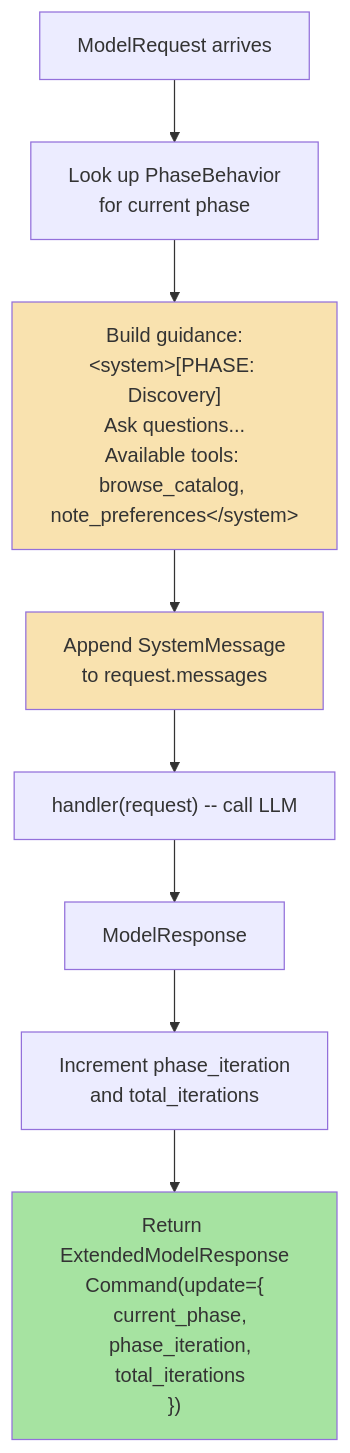
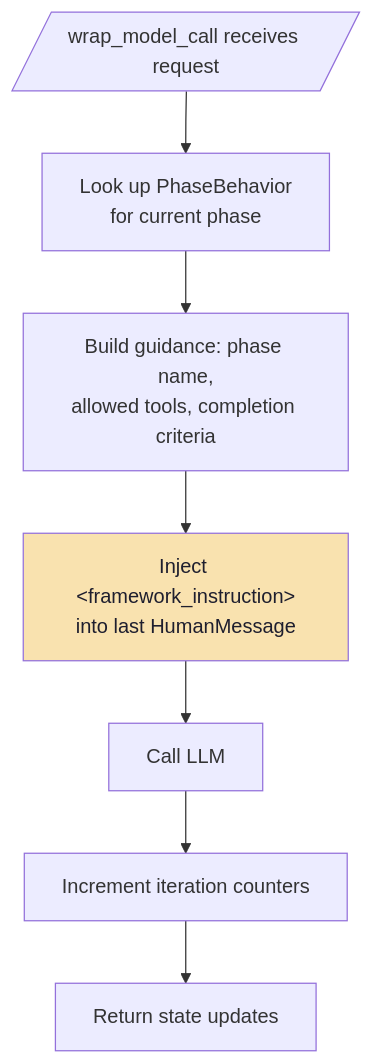
Before and after one commit to johnsosoka/code-examples: the first of 3 diagrams in python/behavior-steering-middleware/src/bsm_examples/phase_steering/DIAGRAM.md, drawn with Mermaid. The commit also changed other lines of this file and 7 other files, not shown here.

First line of the commit message:
docs: simplified mermaid diagrams focused on decisions and steering

````diff
--- a/python/behavior-steering-middleware/src/bsm_examples/phase_steering/DIAGRAM.md
+++ b/python/behavior-steering-middleware/src/bsm_examples/phase_steering/DIAGRAM.md
@@ -5,14 +5,11 @@
 ```mermaid
 flowchart TD
-    A[ModelRequest arrives] --> B["Look up PhaseBehavior<br/>for current phase"]
-    B --> C["Build guidance:<br/>&lt;system&gt;[PHASE: Discovery]<br/>Ask questions...<br/>Available tools: browse_catalog, note_preferences&lt;/system&gt;"]
-    C --> D["Append SystemMessage<br/>to request.messages"]
-    D --> E["handler(request) -- call LLM"]
-    E --> F[ModelResponse]
-    F --> G["Increment phase_iteration<br/>and total_iterations"]
-    G --> H["Return ExtendedModelResponse<br/>Command(update={<br/>  current_phase,<br/>  phase_iteration,<br/>  total_iterations<br/>})"]
+    A[/"wrap_model_call receives request"/] --> B["Look up PhaseBehavior<br/>for current phase"]
+    B --> C["Build guidance: phase name,<br/>allowed tools, completion criteria"]
+    C --> D["Inject &lt;framework_instruction&gt;<br/>into last HumanMessage"]
+    D --> E[Call LLM]
+    E --> F["Increment iteration counters"]
+    F --> G[Return state updates]
 
-    style C fill:#f9e2af
-    style D fill:#f9e2af
-    style H fill:#a6e3a1
+    style D fill:#f9e2af,color:#1e1e2e
 ```
````
